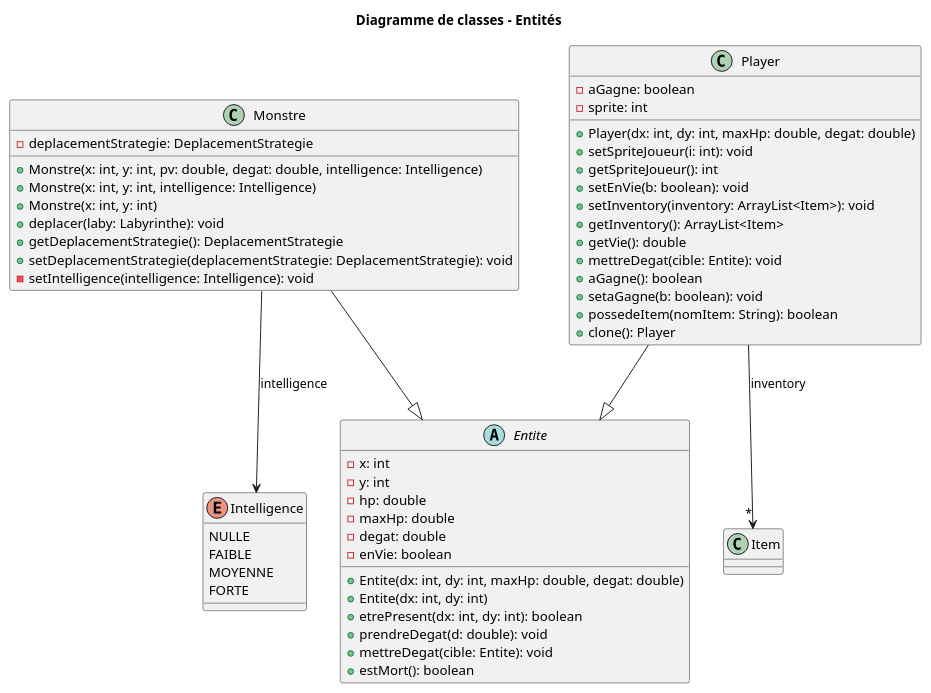
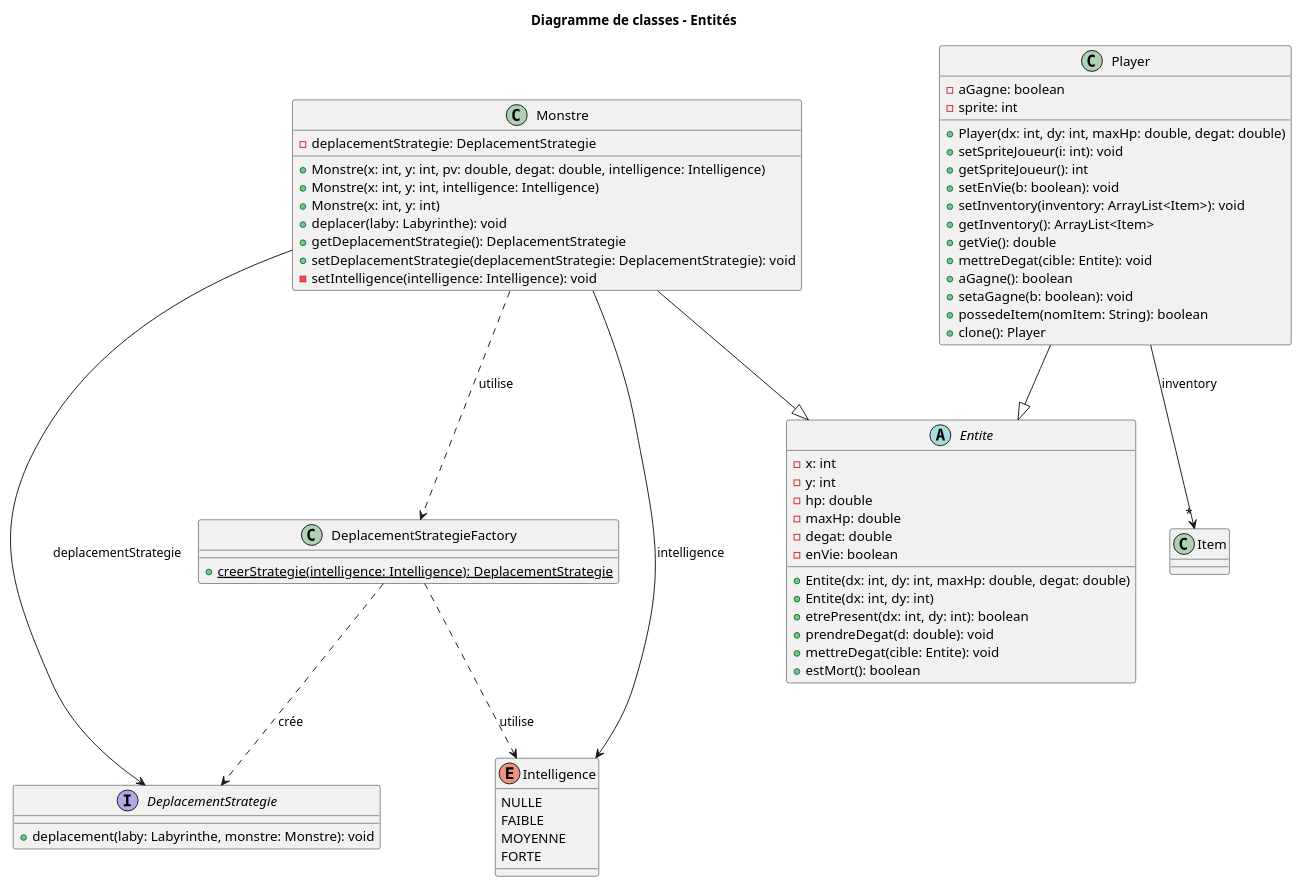
The diagram in zeldiablo/documents/iteration-5/diagrammes-finaux/Entite.puml (zonetecde/BUT_S2_2025_Zeldiablo_e22359u_e82916u_e77582u_e85474u), drawn with PlantUML before and after one commit.

Commit message:
Update diagramme entité pour montrer l'utilisation de la factory

```diff
--- a/zeldiablo/documents/iteration-5/diagrammes-finaux/Entite.puml
+++ b/zeldiablo/documents/iteration-5/diagrammes-finaux/Entite.puml
@@ -1,67 +1,80 @@
 @startuml
 title Diagramme de classes - Entités 
 
 abstract class Entite {
   - x: int
   - y: int
   - hp: double
   - maxHp: double
   - degat: double
   - enVie: boolean
   + Entite(dx: int, dy: int, maxHp: double, degat: double)
   + Entite(dx: int, dy: int)
   + etrePresent(dx: int, dy: int): boolean
   + prendreDegat(d: double): void
   + mettreDegat(cible: Entite): void
   + estMort(): boolean
 }
 
 class Monstre {
   - deplacementStrategie: DeplacementStrategie
   + Monstre(x: int, y: int, pv: double, degat: double, intelligence: Intelligence)
   + Monstre(x: int, y: int, intelligence: Intelligence)
   + Monstre(x: int, y: int)
   + deplacer(laby: Labyrinthe): void
   + getDeplacementStrategie(): DeplacementStrategie
   + setDeplacementStrategie(deplacementStrategie: DeplacementStrategie): void
   - setIntelligence(intelligence: Intelligence): void
 }
 
 class Player {
   - aGagne: boolean
   - sprite: int
   + Player(dx: int, dy: int, maxHp: double, degat: double)
   + setSpriteJoueur(i: int): void
   + getSpriteJoueur(): int
   + setEnVie(b: boolean): void
   + setInventory(inventory: ArrayList<Item>): void
   + getInventory(): ArrayList<Item>
   + getVie(): double
   + mettreDegat(cible: Entite): void
   + aGagne(): boolean
   + setaGagne(b: boolean): void
   + possedeItem(nomItem: String): boolean
   + clone(): Player
 }
 
 enum Intelligence {
   NULLE
   FAIBLE
   MOYENNE
   FORTE
 }
 
+class DeplacementStrategieFactory {
+  + {static} creerStrategie(intelligence: Intelligence): DeplacementStrategie
+}
+
+interface DeplacementStrategie {
+  + deplacement(laby: Labyrinthe, monstre: Monstre): void
+}
+
 Monstre --|> Entite
 Player --|> Entite
 
 Monstre --> Intelligence : intelligence
+Monstre --> DeplacementStrategie : deplacementStrategie
 Player --> "*" Item : inventory
+
+DeplacementStrategieFactory ..> Intelligence : utilise
+Monstre ..> DeplacementStrategieFactory : utilise
+DeplacementStrategieFactory ..> DeplacementStrategie : crée
 
 hide Entite::getX
 hide Entite::getY
 hide Entite::setX
 hide Entite::setY
 hide Entite::getHp
 hide Entite::getMaxHp
 
 @enduml
```
